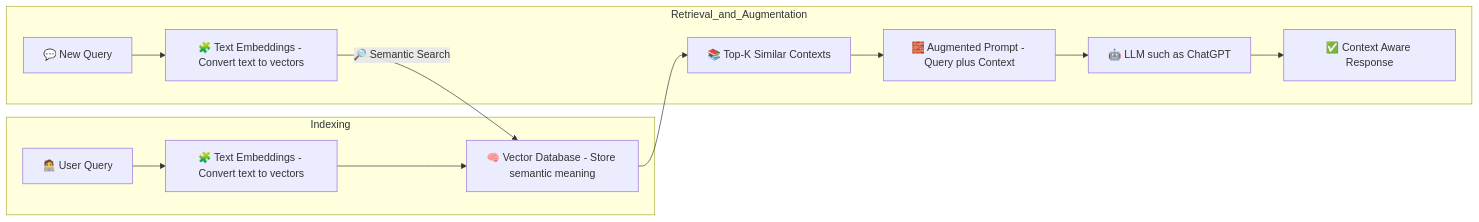
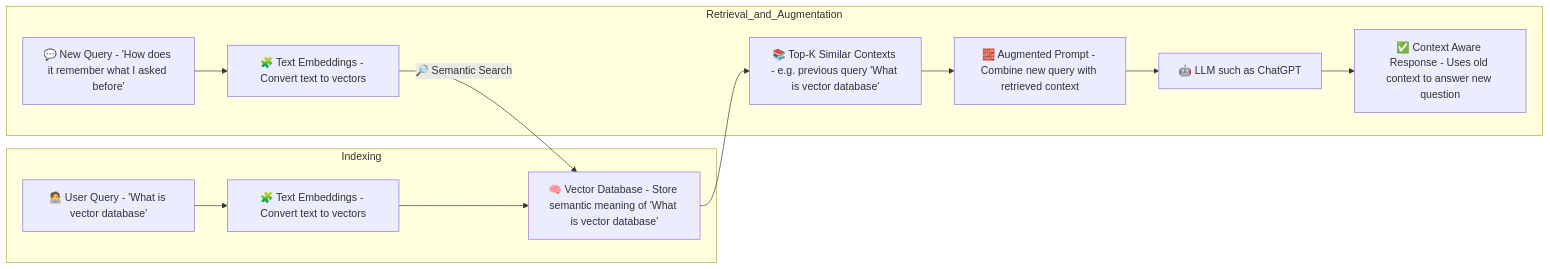
One commit to YahorDubrouski/ai-tools changed the diagram in documentation/prompting-technics-2/PROMPTING_TECHNICS.md. Above: the diagram before and after it, drawn with Mermaid. The commit also changed other lines of this file, not shown here.

Commit message:
Add User Request Diagram

````diff
--- a/documentation/prompting-technics-2/PROMPTING_TECHNICS.md
+++ b/documentation/prompting-technics-2/PROMPTING_TECHNICS.md
@@ -25,16 +26,16 @@
 ```mermaid
 flowchart LR
-  subgraph Indexing
-    U1[🧑‍💻 User Query] --> E1[🧩 Text Embeddings - Convert text to vectors]
-    E1 --> V[🧠 Vector Database - Store semantic meaning]
-  end
+subgraph Indexing
+U1[🧑‍💻 User Query - 'What is vector database'] --> E1[🧩 Text Embeddings - Convert text to vectors]
+E1 --> V[🧠 Vector Database - Store semantic meaning of 'What is vector database']
+end
 
-  subgraph Retrieval_and_Augmentation
-    U2[💬 New Query] --> E2[🧩 Text Embeddings - Convert text to vectors]
-    E2 -->|🔎 Semantic Search| V
-    V --> C[📚 Top-K Similar Contexts]
-    C --> P[🧱 Augmented Prompt - Query plus Context]
-    P --> LLM[🤖 LLM such as ChatGPT]
-    LLM --> OUT[✅ Context Aware Response]
-  end
+subgraph Retrieval_and_Augmentation
+U2[💬 New Query - 'How does it remember what I asked before'] --> E2[🧩 Text Embeddings - Convert text to vectors]
+E2 -->|🔎 Semantic Search| V
+V --> C[📚 Top-K Similar Contexts - e.g. previous query 'What is vector database']
+C --> P[🧱 Augmented Prompt - Combine new query with retrieved context]
+P --> LLM[🤖 LLM such as ChatGPT]
+LLM --> OUT[✅ Context Aware Response - Uses old context to answer new question]
+end
 ```
````
